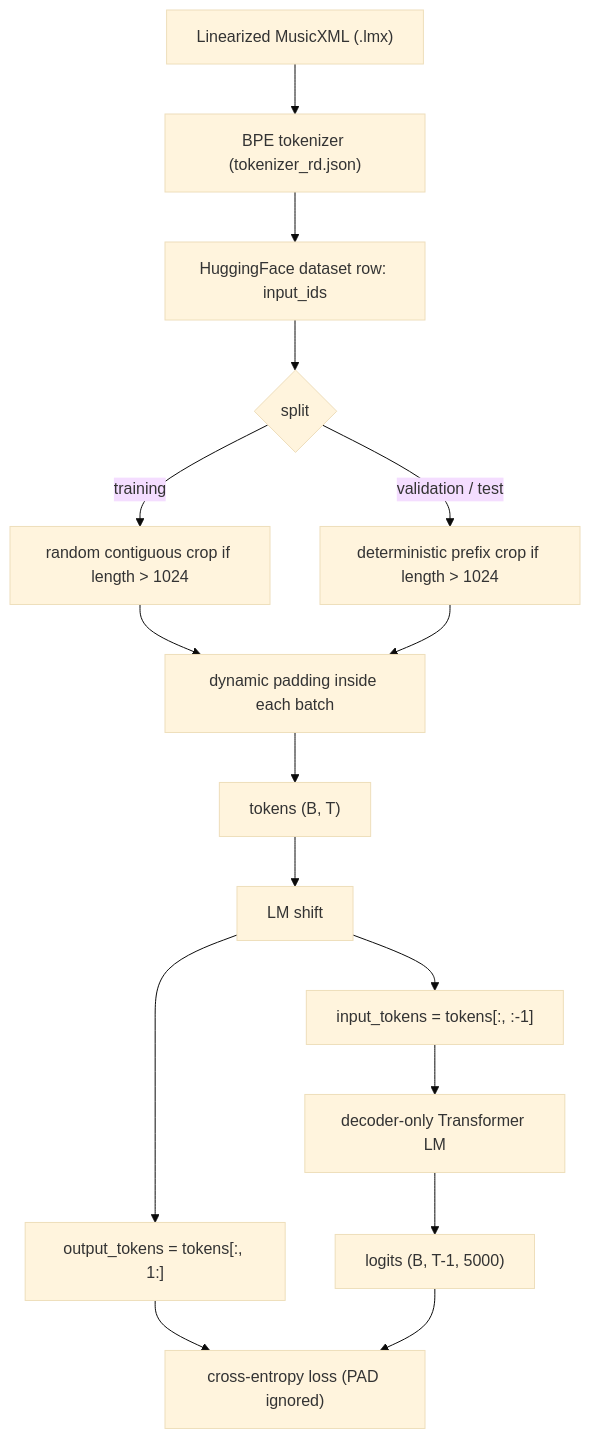
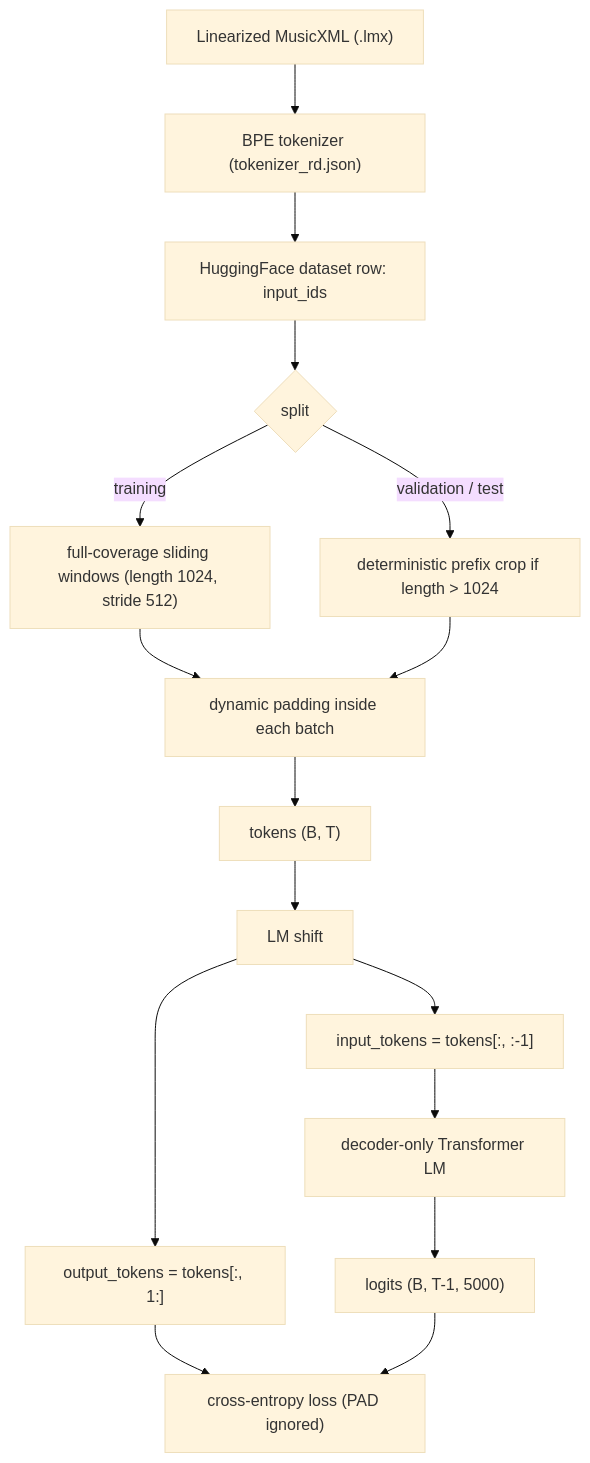
One commit to daniellaah/MIDI2Score changed the first of 3 diagrams in docs/decoder_pretrain.md. Above: the diagram before and after it, drawn with Mermaid (base theme). The commit also changed other lines of this file and 6 other files, not shown here.

````diff
--- a/docs/decoder_pretrain.md
+++ b/docs/decoder_pretrain.md
@@ -66,18 +67,18 @@
 ```mermaid
 flowchart TD
     A["Linearized MusicXML (.lmx)"] --> B["BPE tokenizer (tokenizer_rd.json)"]
     B --> C["HuggingFace dataset row: input_ids"]
     C --> D{"split"}
-    D -->|training| E["random contiguous crop if length > 1024"]
+    D -->|training| E["full-coverage sliding windows (length 1024, stride 512)"]
     D -->|validation / test| F["deterministic prefix crop if length > 1024"]
     E --> G["dynamic padding inside each batch"]
     F --> G
     G --> H["tokens (B, T)"]
     H --> I["LM shift"]
     I --> J["input_tokens = tokens[:, :-1]"]
     I --> K["output_tokens = tokens[:, 1:]"]
     J --> L["decoder-only Transformer LM"]
     L --> M["logits (B, T-1, 5000)"]
     K --> N["cross-entropy loss (PAD ignored)"]
     M --> N
 ```
````
